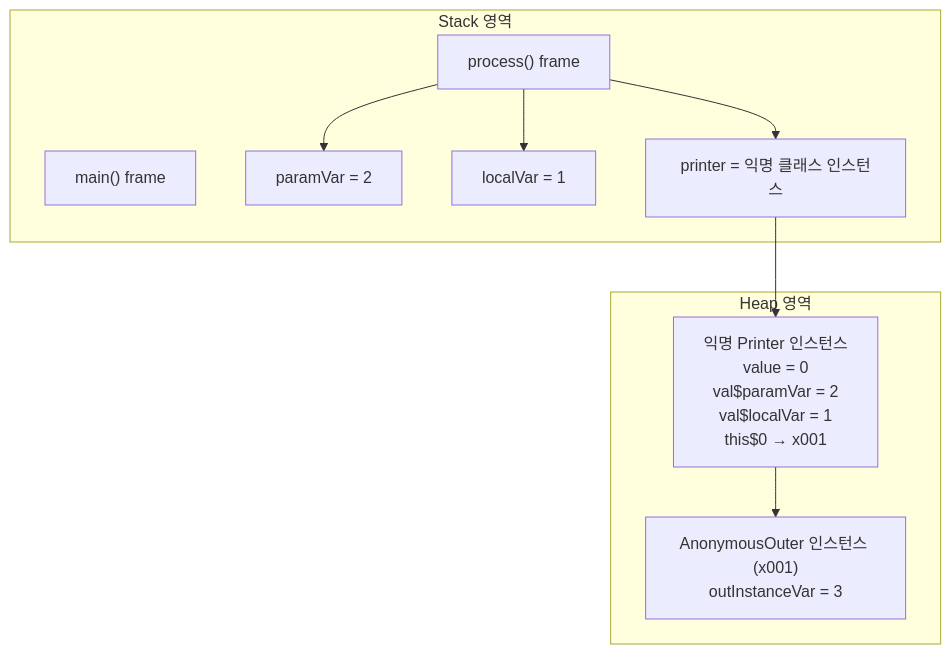
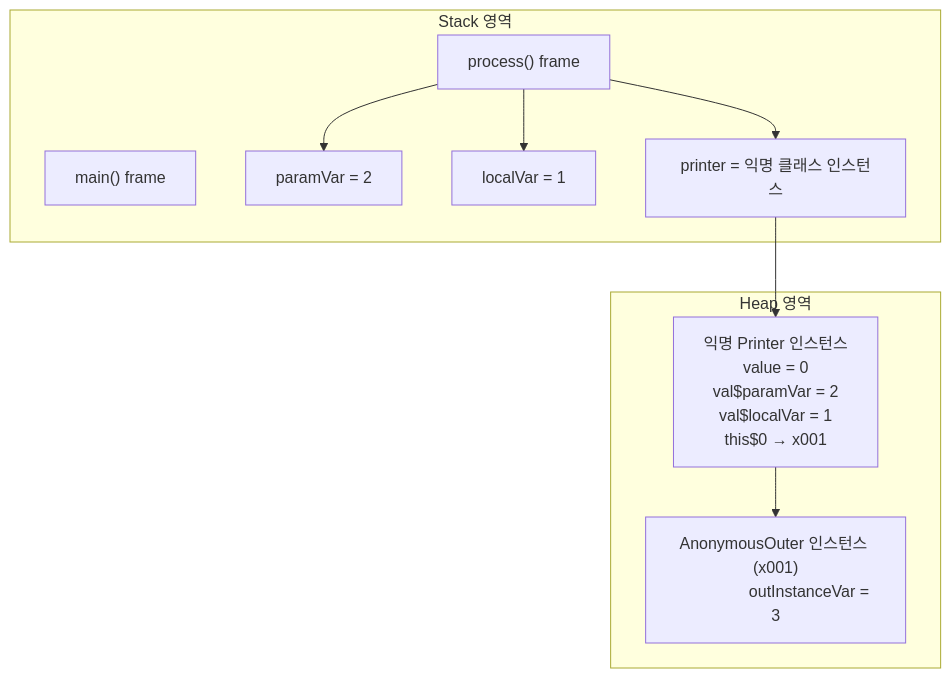
The third of 5 diagrams in 03.중급-1/08-02-중첩_클래스_내부 클래스.md (xmlbuilder/JavaTutorial), drawn with Mermaid before and after one commit. The commit also changed other lines of this file, not shown here.

````diff
--- a/03.중급-1/08-02-중첩_클래스_내부 클래스.md
+++ b/03.중급-1/08-02-중첩_클래스_내부 클래스.md
@@ -278,21 +278,25 @@
 ```mermaid
 graph TD
     subgraph Stack 영역
         mainFrame["main() frame"]
         processFrame["process() frame"]
         paramVar["paramVar = 2"]
         localVar["localVar = 1"]
         printerRef["printer = 익명 클래스 인스턴스"]
         processFrame --> paramVar
         processFrame --> localVar
         processFrame --> printerRef
     end
 
     subgraph Heap 영역
-        outerObj["AnonymousOuter 인스턴스 (x001)\noutInstanceVar = 3"]
-        anonPrinter["익명 Printer 인스턴스\nvalue = 0\nval$paramVar = 2\nval$localVar = 1\nthis$0 → x001"]
+        outerObj["AnonymousOuter 인스턴스 (x001)
+                outInstanceVar = 3"]
+        anonPrinter["익명 Printer 인스턴스\nvalue = 0
+                        val$paramVar = 2
+                        val$localVar = 1
+                        this$0 → x001"]
         printerRef --> anonPrinter
         anonPrinter --> outerObj
     end
 
 ```
````
